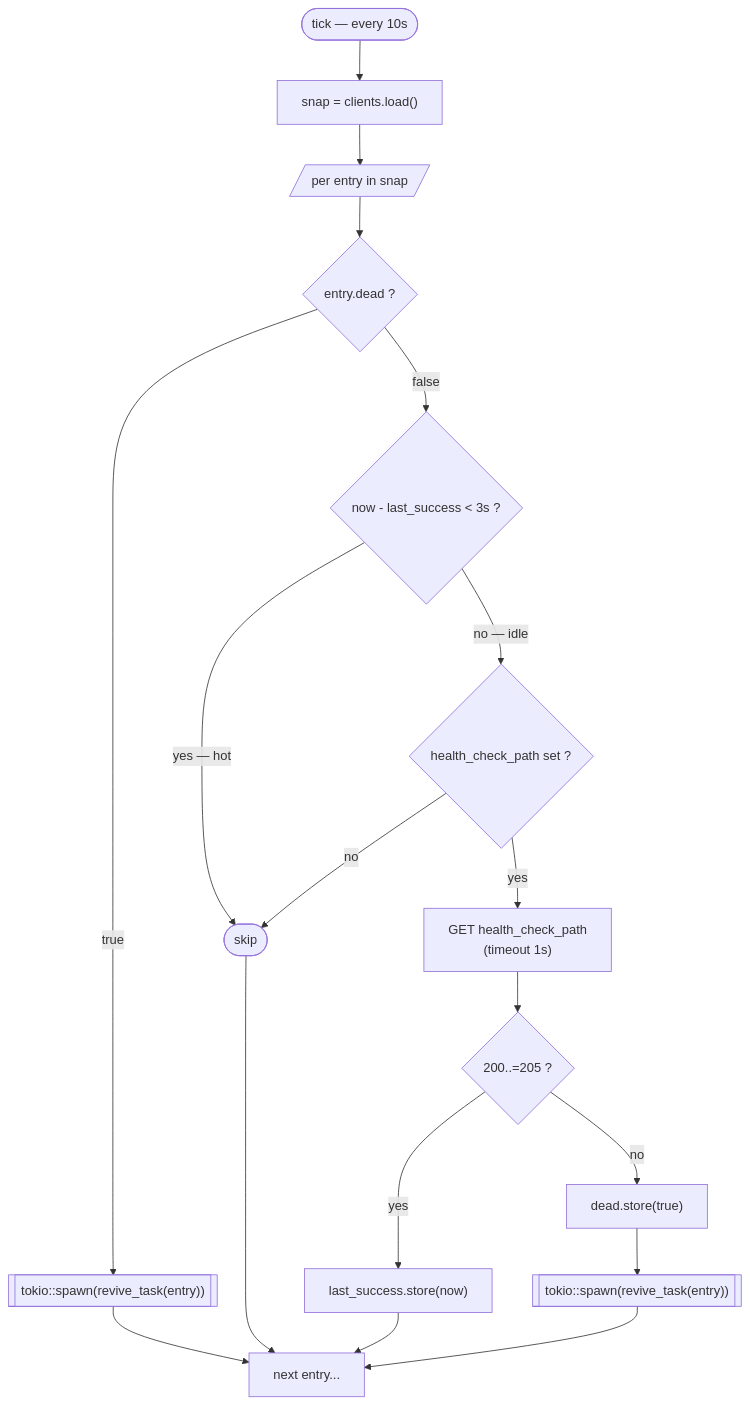
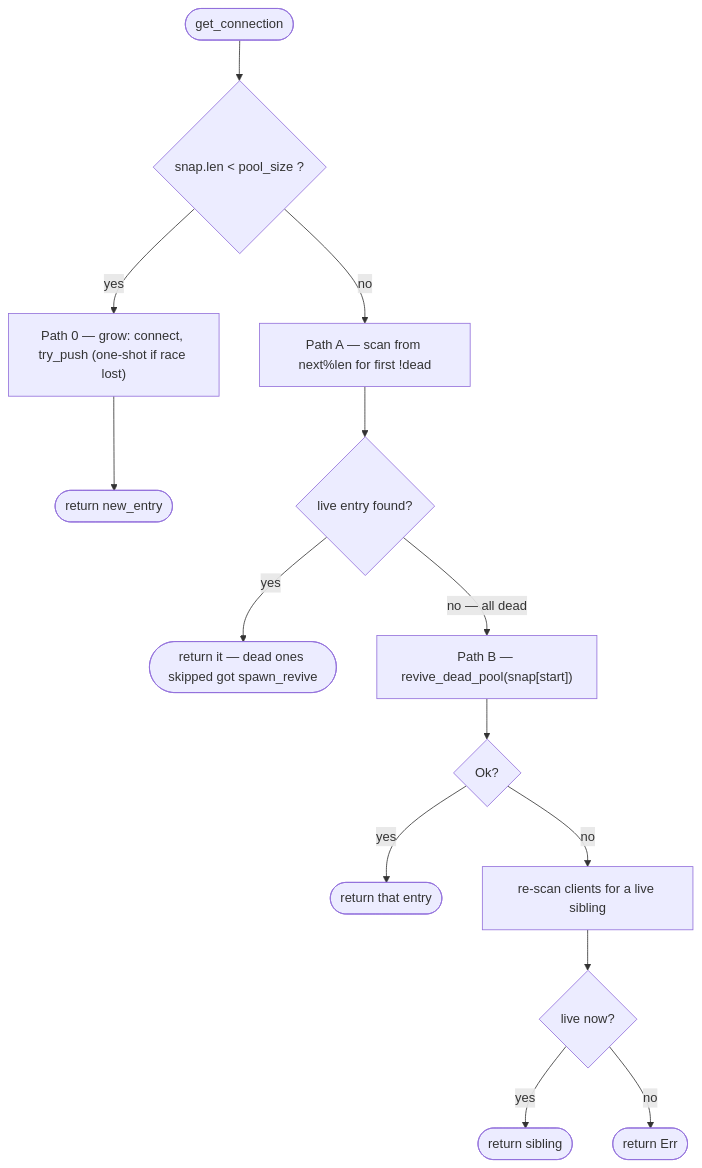
One commit to MyJetTools/my-reverse-proxy changed the second of 2 diagrams in docs/h2-pool.md. Above: the diagram before and after it, drawn with Mermaid. The commit also changed other lines of this file and 23 other files, not shown here.

````diff
--- a/docs/h2-pool.md
+++ b/docs/h2-pool.md
@@ -115,25 +156,18 @@
 ```mermaid
 flowchart TD
-    Tick([tick — every 10s]) --> Snap["snap = clients.load()"]
-    Snap --> Iter[/per entry in snap/]
+    Start([get_connection]) --> SizeCheck{snap.len < pool_size ?}
 
-    Iter --> EntryCheck{entry.dead ?}
-    EntryCheck -->|true| SpawnRevive[["tokio::spawn(revive_task(entry))"]]
-    EntryCheck -->|false| AgeCheck{now - last_success < 3s ?}
+    SizeCheck -->|yes| Path0["Path 0 — grow: connect, try_push (one-shot if race lost)"]
+    Path0 --> Ok0([return new_entry])
 
-    AgeCheck -->|yes — hot| Skip([skip])
-    AgeCheck -->|no — idle| PathConfigured{health_check_path set ?}
-    PathConfigured -->|no| Skip
-    PathConfigured -->|yes| Ping["GET health_check_path<br/>(timeout 1s)"]
-
-    Ping --> PingResult{200..=205 ?}
-    PingResult -->|yes| MarkSuccess["last_success.store(now)"]
-    PingResult -->|no| MarkDead["dead.store(true)"]
-    MarkDead --> SpawnRevive2[["tokio::spawn(revive_task(entry))"]]
-
-    SpawnRevive --> NextEntry
-    SpawnRevive2 --> NextEntry
-    Skip --> NextEntry
-    MarkSuccess --> NextEntry
-    NextEntry[next entry...]
+    SizeCheck -->|no| PickLive["Path A — scan from next%len for first !dead"]
+    PickLive --> Found{live entry found?}
+    Found -->|yes| OkA([return it — dead ones skipped got spawn_revive])
+    Found -->|no — all dead| PathB["Path B — revive_dead_pool(snap[start])"]
+    PathB --> PBResult{Ok?}
+    PBResult -->|yes| OkB([return that entry])
+    PBResult -->|no| Rescan["re-scan clients for a live sibling"]
+    Rescan --> RFound{live now?}
+    RFound -->|yes| OkB2([return sibling])
+    RFound -->|no| ErrB([return Err])
 ```
````
